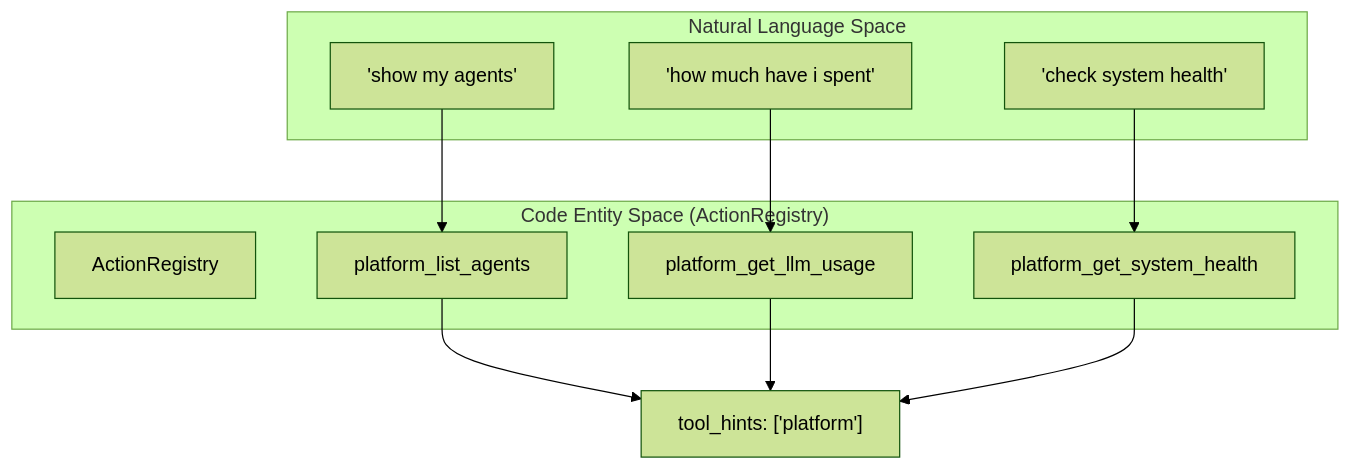
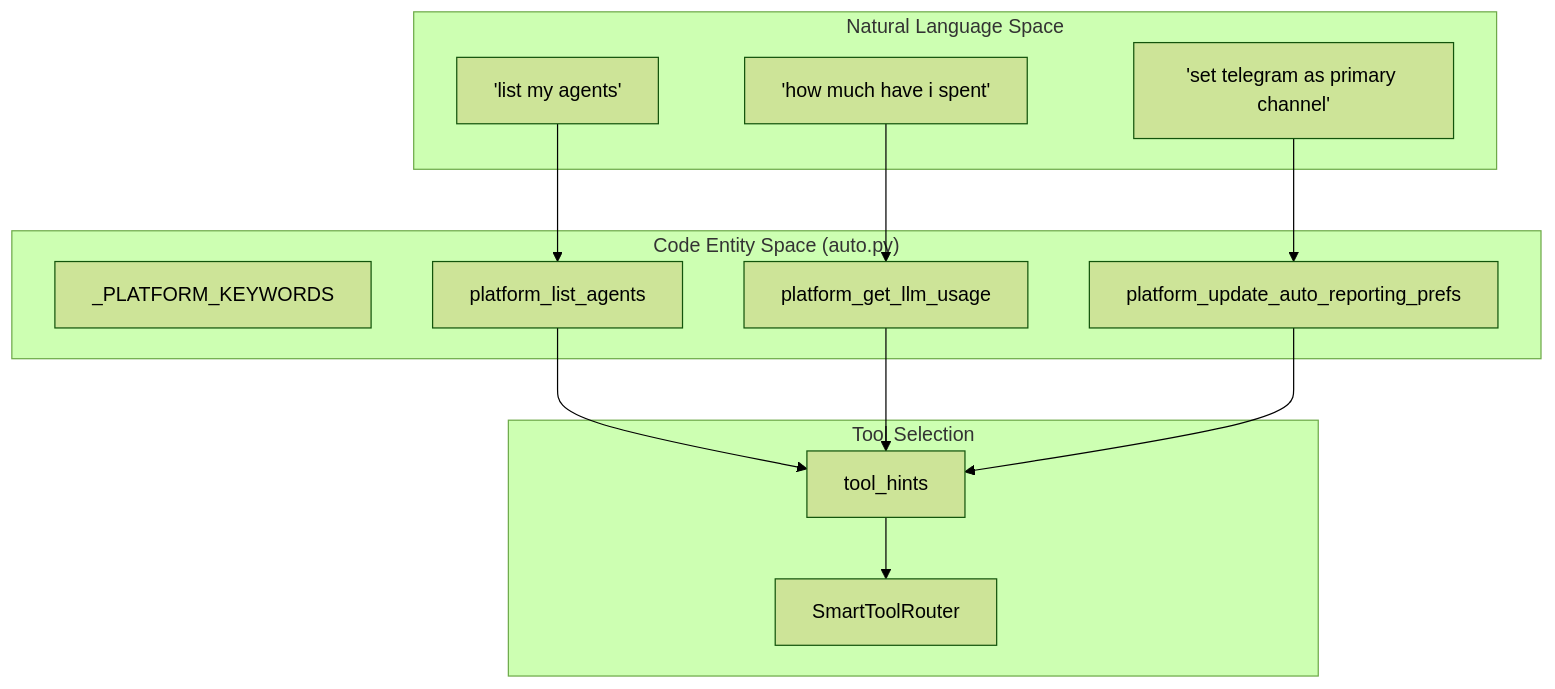
One commit to AutomatosAI/automatos-ai changed the third of 3 diagrams in docs/platform-actions/platform-action-system.md. Above: the diagram before and after it, drawn with Mermaid (forest theme). The commit also changed other lines of this file and 153 other files, not shown here.

````diff
--- a/docs/platform-actions/platform-action-system.md
+++ b/docs/platform-actions/platform-action-system.md
@@ -172,23 +149,30 @@
 ```mermaid
 graph TD
     subgraph "Natural Language Space"
-        Q1["'show my agents'"]
+        Q1["'list my agents'"]
         Q2["'how much have i spent'"]
-        Q3["'check system health'"]
+        Q3["'set telegram as primary channel'"]
     end
 
-    subgraph "Code Entity Space (ActionRegistry)"
-        Registry["ActionRegistry"]
+    subgraph "Code Entity Space (auto.py)"
+        Keywords["_PLATFORM_KEYWORDS"]
         Match1["platform_list_agents"]
         Match2["platform_get_llm_usage"]
-        Match3["platform_get_system_health"]
+        Match3["platform_update_auto_reporting_prefs"]
+    end
+
+    subgraph "Tool Selection"
+        Router["SmartToolRouter"]
+        Hints["tool_hints"]
     end
 
     Q1 --> Match1
     Q2 --> Match2
     Q3 --> Match3
     
-    Match1 --> Hint["tool_hints: ['platform']"]
-    Match2 --> Hint
-    Match3 --> Hint
+    Match1 --> Hints
+    Match2 --> Hints
+    Match3 --> Hints
+    
+    Hints --> Router
 ```
````
